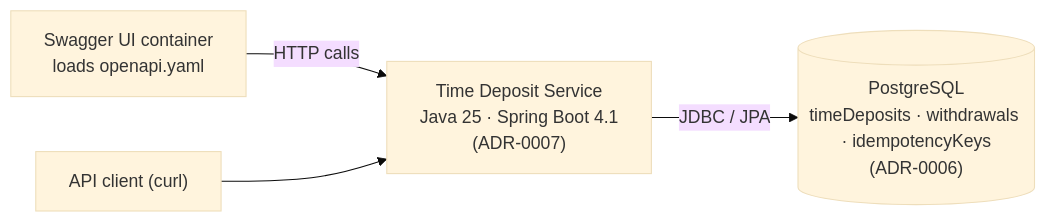
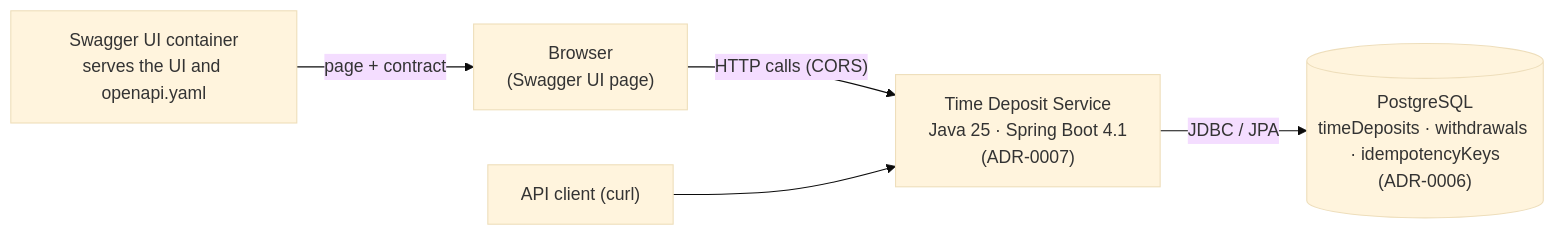
The second of 5 diagrams in docs/architecture/overview.md (bh3x/time-deposit-kata), drawn with Mermaid (base theme) before and after one commit. The commit also changed other lines of this file and 4 other files, not shown here.

````diff
--- a/docs/architecture/overview.md
+++ b/docs/architecture/overview.md
@@ -16,6 +16,7 @@
 ```mermaid
 flowchart LR
-  ui["Swagger UI container<br/>loads openapi.yaml"] -- "HTTP calls" --> app
+  ui["Swagger UI container<br/>serves the UI and openapi.yaml"] -- "page + contract" --> browser["Browser<br/>(Swagger UI page)"]
+  browser -- "HTTP calls (CORS)" --> app
   client["API client (curl)"] --> app
   app["Time Deposit Service<br/>Java 25 · Spring Boot 4.1<br/>(ADR-0007)"] -- "JDBC / JPA" --> db[("PostgreSQL<br/>timeDeposits · withdrawals · idempotencyKeys<br/>(ADR-0006)")]
 ```
````
